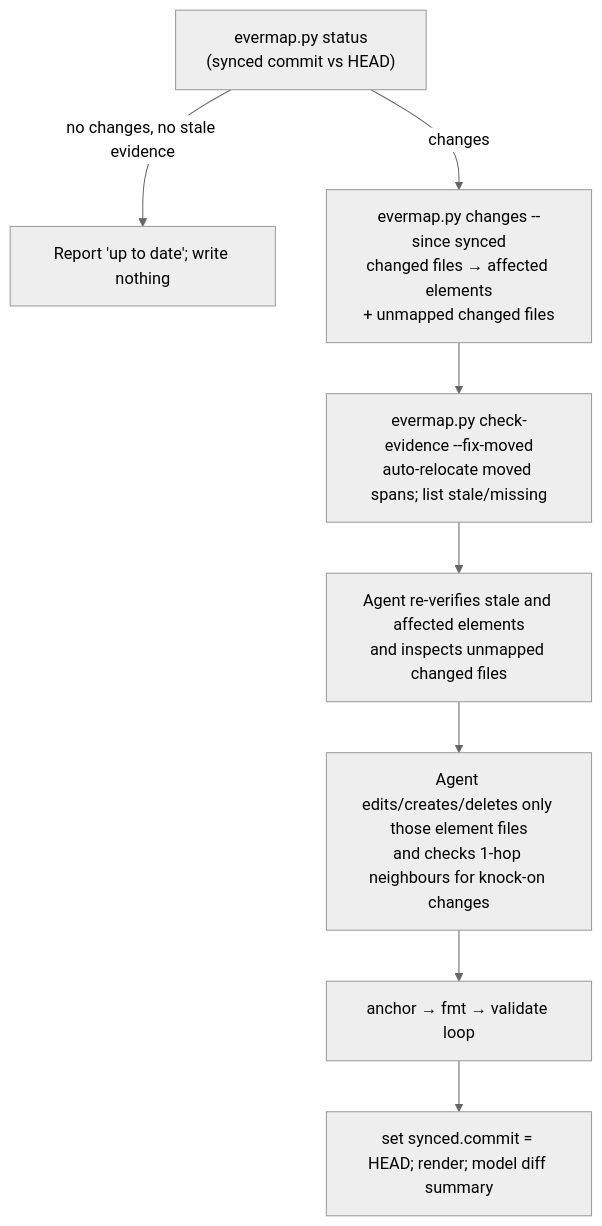
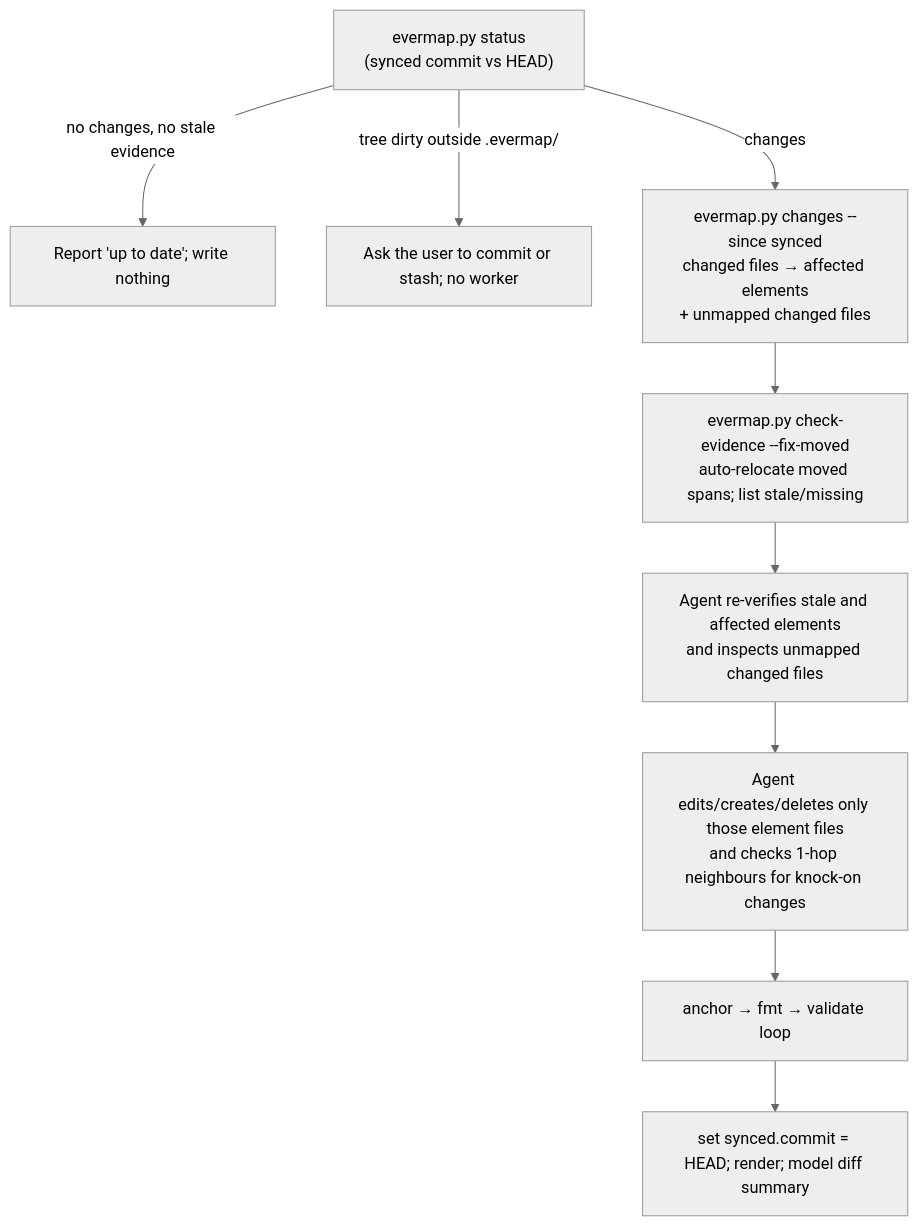
One commit to buddhsen-tripathi/evermap changed the second of 2 diagrams in docs/SPEC.md. Above: the diagram before and after it, drawn with Mermaid (neutral theme). The commit also changed other lines of this file and 4 other files, not shown here.

````diff
--- a/docs/SPEC.md
+++ b/docs/SPEC.md
@@ -178,10 +183,11 @@
 ```mermaid
 flowchart TD
   a["evermap.py status<br/>(synced commit vs HEAD)"] -->|no changes, no stale evidence| z[Report 'up to date'; write nothing]
+  a -->|tree dirty outside .evermap/| y[Ask the user to commit or stash; no worker]
   a -->|changes| b["evermap.py changes --since synced<br/>changed files → affected elements<br/>+ unmapped changed files"]
   b --> c["evermap.py check-evidence --fix-moved<br/>auto-relocate moved spans; list stale/missing"]
   c --> d[Agent re-verifies stale and affected elements<br/>and inspects unmapped changed files]
   d --> e[Agent edits/creates/deletes only those element files<br/>and checks 1-hop neighbours for knock-on changes]
   e --> f[anchor → fmt → validate loop]
   f --> g["set synced.commit = HEAD; render; model diff summary"]
 ```
````
